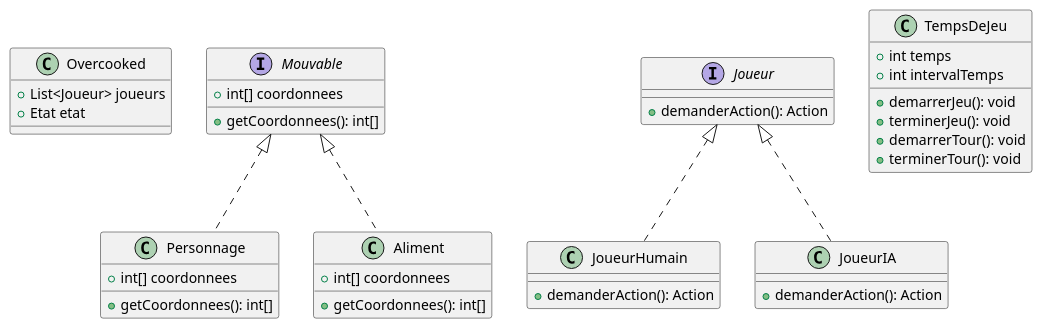
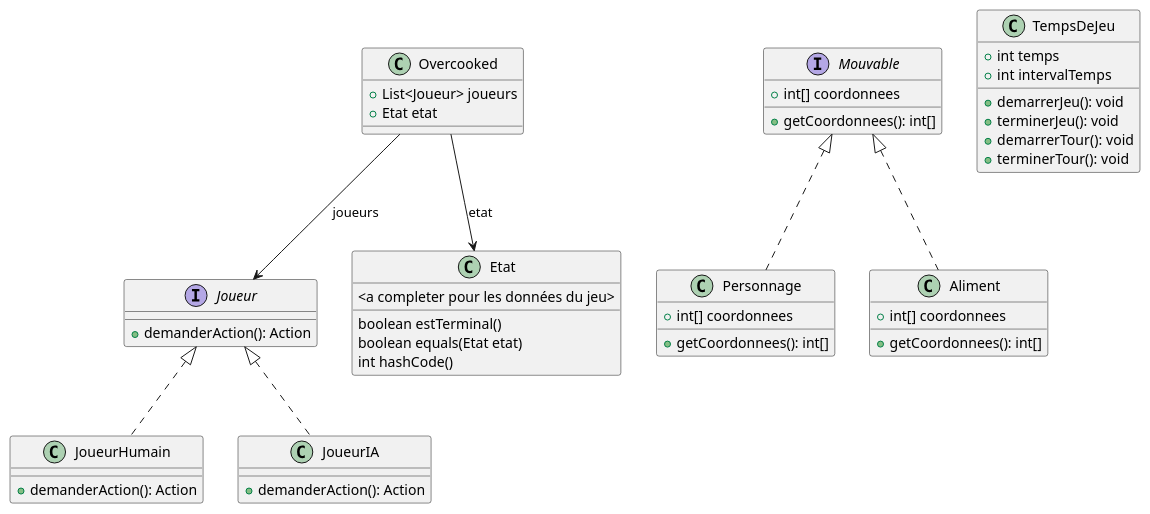
One commit to ThomasRbn/PTUT_BERNARD_ROBINEAU_ROUYER_RUSSO changed the diagram in assets/DiagClassNonIA.puml. Above: the diagram before and after it, drawn with PlantUML.

Commit message:
MaJ diagramme de classe partie non IA

```diff
--- a/assets/DiagClassNonIA.puml
+++ b/assets/DiagClassNonIA.puml
@@ -1,47 +1,58 @@
 @startuml
 'https://plantuml.com/class-diagram
 
 class Overcooked {
     + List<Joueur> joueurs
     + Etat etat
 }
+
+"Overcooked" --> "Joueur" : "joueurs"
+"Overcooked" --> "Etat" : "etat"
 
 interface Mouvable {
     + int[] coordonnees
     + getCoordonnees(): int[]
 }
 
 interface Joueur {
     + demanderAction(): Action
 }
 
 class JoueurHumain implements Joueur {
     + demanderAction(): Action
 }
 
 class JoueurIA implements Joueur {
     + demanderAction(): Action
 }
 
 class Personnage implements Mouvable {
     + int[] coordonnees
     + getCoordonnees(): int[]
 }
 
 class Aliment implements Mouvable {
     + int[] coordonnees
     + getCoordonnees(): int[]
 }
 
 class TempsDeJeu {
     + int temps
     + int intervalTemps
     + demarrerJeu(): void
     + terminerJeu(): void
     + demarrerTour(): void
     + terminerTour(): void
 }
 
+class Etat{
+    <a completer pour les données du jeu>
+    boolean estTerminal()
+    boolean equals(Etat etat)
+    int hashCode()
+}
+
+
 
 
 @enduml
```
